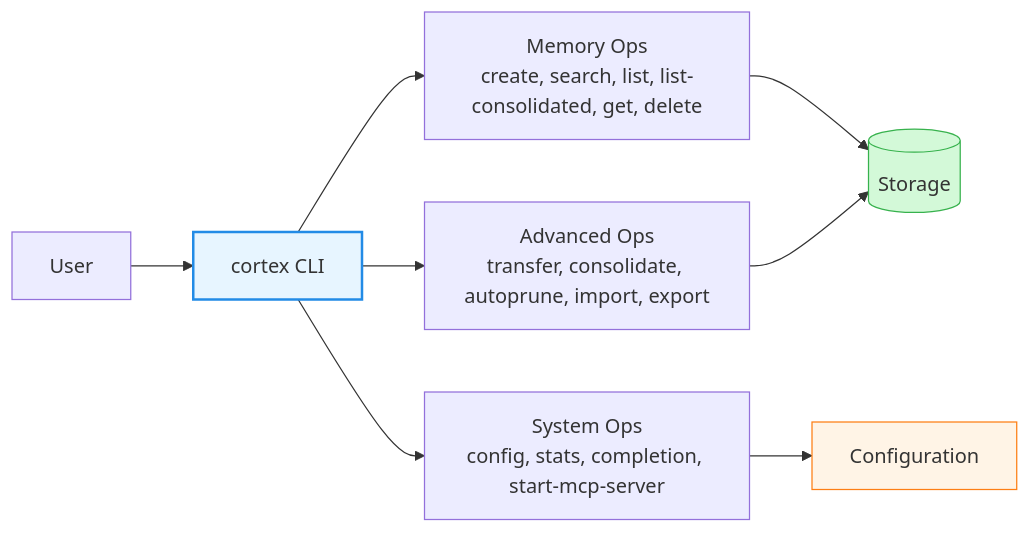
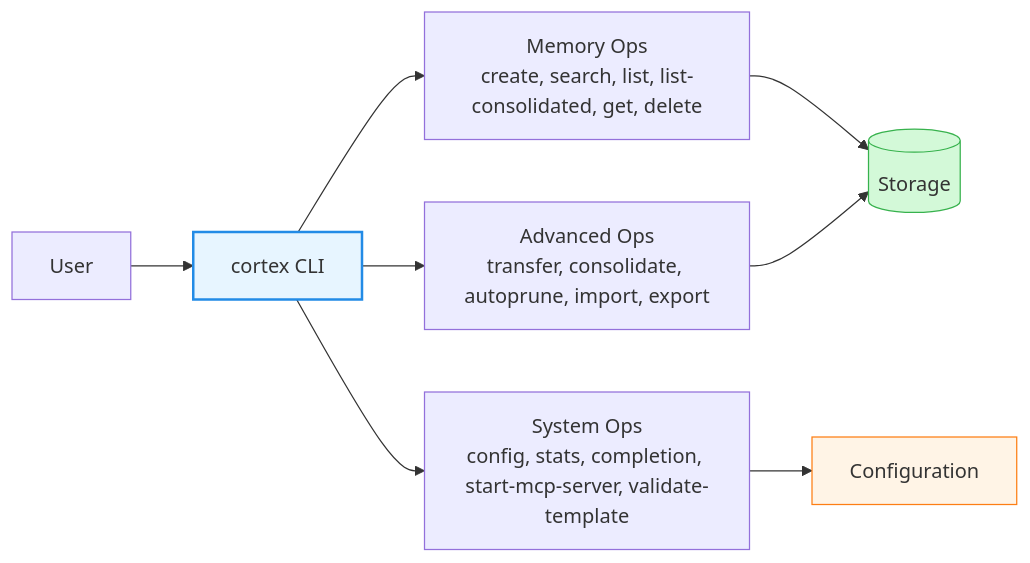
The first of 5 diagrams in docs/cli/reference.md (fmatsos/cortex), drawn with Mermaid before and after one commit. The commit also changed other lines of this file and 3 other files, not shown here.

First line of the commit message:
docs: fix Mermaid diagrams and update docs for MCP tools

````diff
--- a/docs/cli/reference.md
+++ b/docs/cli/reference.md
@@ -21,16 +21,16 @@
 ```mermaid
 graph LR
     User[User] --> CLI[cortex CLI]
 
     CLI --> MO[Memory Ops<br/>create, search, list, list-consolidated, get, delete]
     CLI --> AO[Advanced Ops<br/>transfer, consolidate, autoprune, import, export]
-    CLI --> SO[System Ops<br/>config, stats, completion, start-mcp-server]
+    CLI --> SO[System Ops<br/>config, stats, completion, start-mcp-server, validate-template]
 
     MO --> Storage[(Storage)]
     AO --> Storage
     SO --> Config[Configuration]
 
     style CLI fill:#e7f5ff,stroke:#228be6,stroke-width:2px
     style Storage fill:#d3f9d8,stroke:#37b24d
     style Config fill:#fff4e6,stroke:#fd7e14
 ```
````
